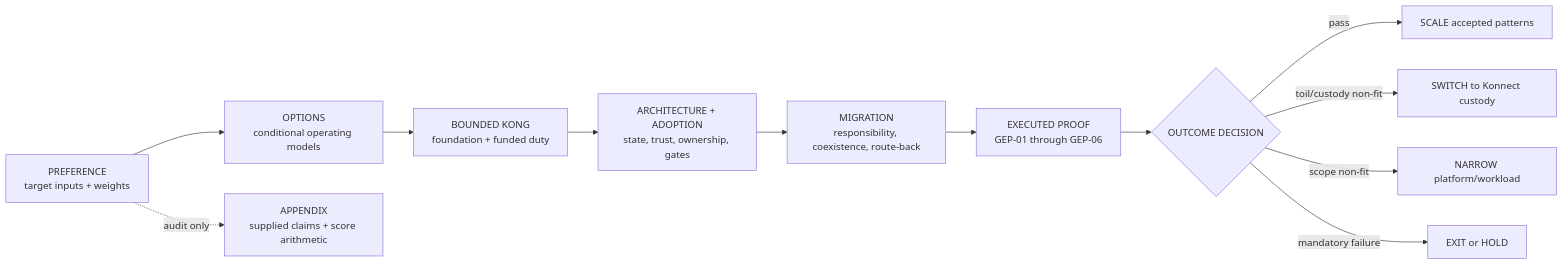
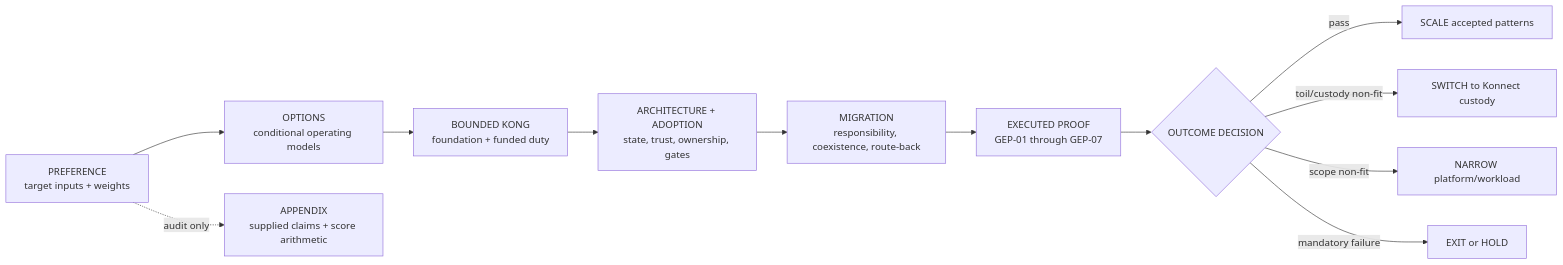
Before and after one commit to tomqwu/apim: the diagram in docs/48-kong-guided-evaluation.md, drawn with Mermaid. The commit also changed other lines of this file and 22 other files, not shown here.

````diff
--- a/docs/48-kong-guided-evaluation.md
+++ b/docs/48-kong-guided-evaluation.md
@@ -246,14 +298,14 @@
 ```mermaid
 flowchart LR
   P["PREFERENCE<br/>target inputs + weights"] --> O["OPTIONS<br/>conditional operating models"]
   O --> B["BOUNDED KONG<br/>foundation + funded duty"]
   B --> A["ARCHITECTURE + ADOPTION<br/>state, trust, ownership, gates"]
   A --> M["MIGRATION<br/>responsibility, coexistence, route-back"]
-  M --> E["EXECUTED PROOF<br/>GEP-01 through GEP-06"]
+  M --> E["EXECUTED PROOF<br/>GEP-01 through GEP-07"]
   E --> D{"OUTCOME DECISION"}
   D -->|"pass"| S["SCALE accepted patterns"]
   D -->|"toil/custody non-fit"| K["SWITCH to Konnect custody"]
   D -->|"scope non-fit"| N["NARROW platform/workload"]
   D -->|"mandatory failure"| X["EXIT or HOLD"]
   P -. "audit only" .-> R["APPENDIX<br/>supplied claims + score arithmetic"]
 ```
````
